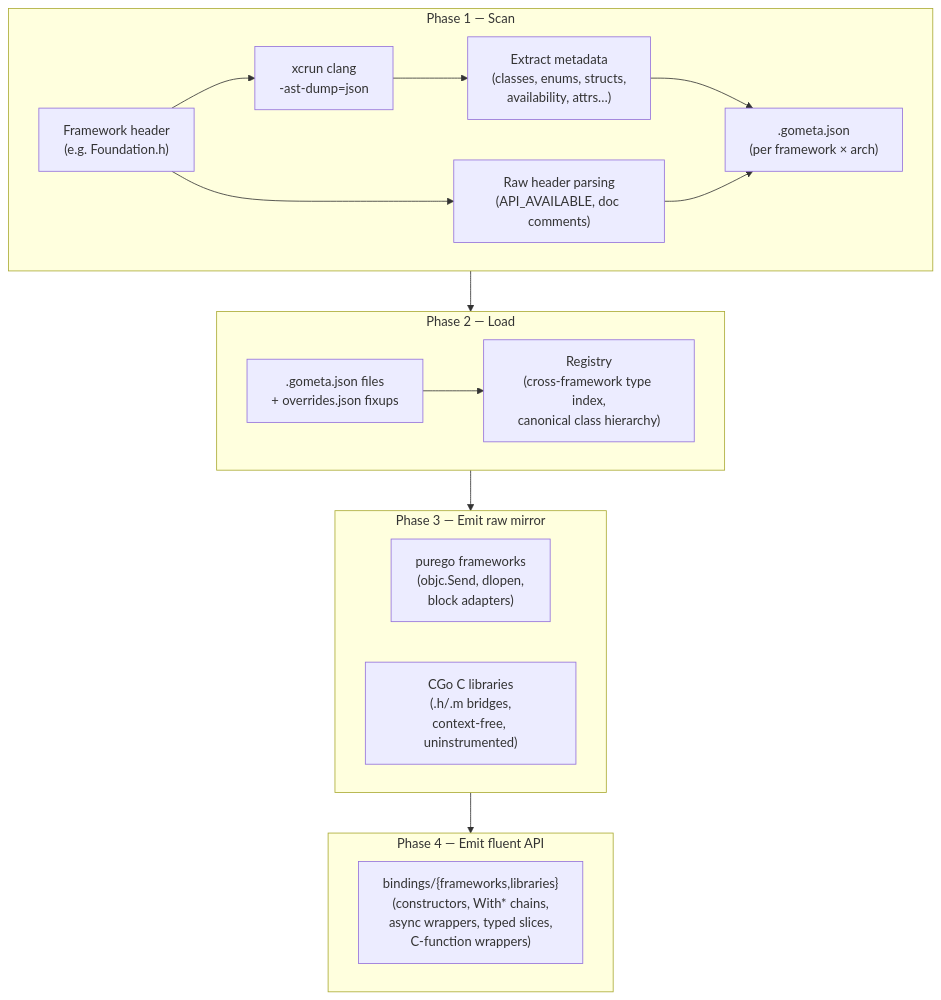
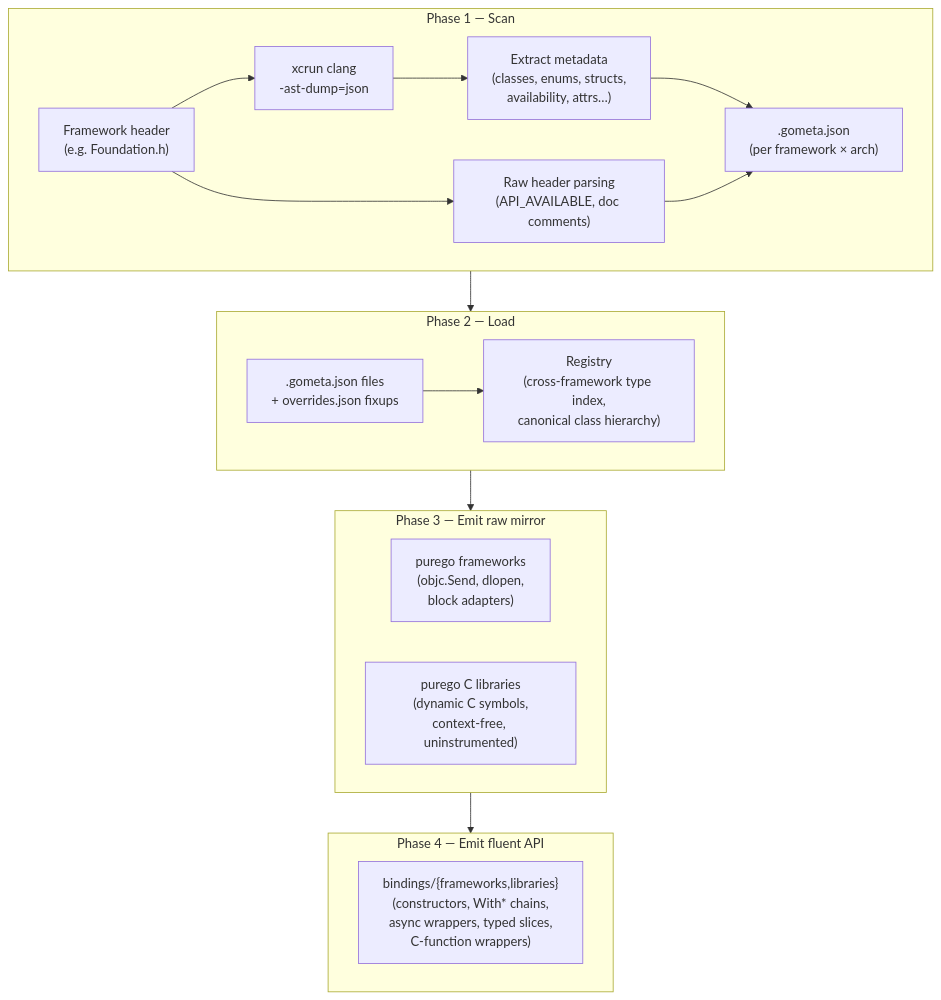
The third of 3 diagrams in README.md (deploymenttheory/go-bindings-macosplatform), drawn with Mermaid before and after one commit. The commit also changed other lines of this file and 3529 other files, not shown here.

````diff
--- a/README.md
+++ b/README.md
@@ -393,29 +394,29 @@
 ```mermaid
 flowchart TD
     subgraph Phase1["Phase 1 — Scan"]
         H["Framework header\n(e.g. Foundation.h)"]
         C["xcrun clang\n-ast-dump=json"]
         EX["Extract metadata\n(classes, enums, structs,\navailability, attrs…)"]
         HP["Raw header parsing\n(API_AVAILABLE, doc comments)"]
         JSON[".gometa.json\n(per framework × arch)"]
         H --> C --> EX --> JSON
         H --> HP --> JSON
     end
 
     subgraph Phase2["Phase 2 — Load"]
         J2[".gometa.json files\n+ overrides.json fixups"]
         REG["Registry\n(cross-framework type index,\ncanonical class hierarchy)"]
         J2 --> REG
     end
 
     subgraph Phase3["Phase 3 — Emit raw mirror"]
         PURE["purego frameworks\n(objc.Send, dlopen,\nblock adapters)"]
-        CGO["CGo C libraries\n(.h/.m bridges,\ncontext-free, uninstrumented)"]
+        LIBS["purego C libraries\n(dynamic C symbols,\ncontext-free, uninstrumented)"]
     end
 
     subgraph Phase4["Phase 4 — Emit fluent API"]
         IDIO["bindings/{frameworks,libraries}\n(constructors, With* chains,\nasync wrappers, typed slices,\nC-function wrappers)"]
     end
 
     Phase1 --> Phase2 --> Phase3 --> Phase4
 ```
````
